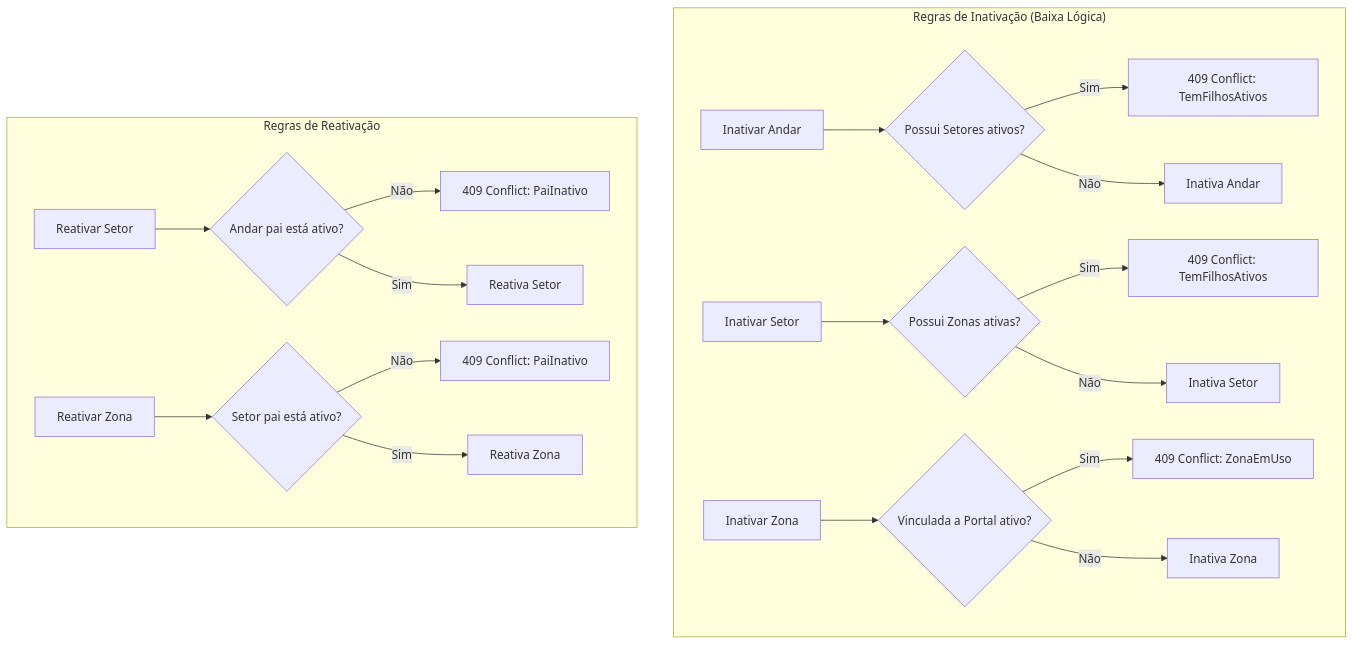
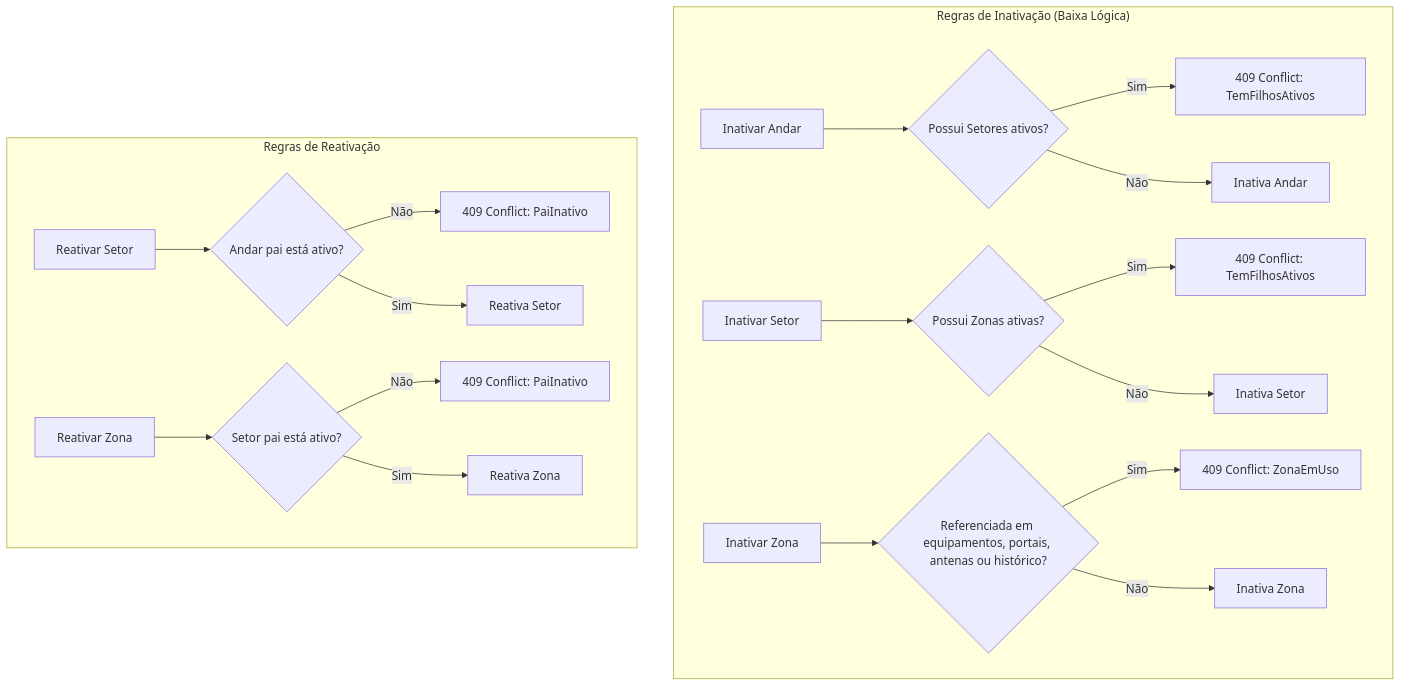
One commit to OtavioBrandao/rastreamento-rfid-hupaa changed the second of 2 diagrams in docs/implementations/iss-011-localizacao-hospitalar.md. Above: the diagram before and after it, drawn with Mermaid. The commit also changed other lines of this file, not shown here.

````diff
--- a/docs/implementations/iss-011-localizacao-hospitalar.md
+++ b/docs/implementations/iss-011-localizacao-hospitalar.md
@@ -57,26 +63,26 @@
 ```mermaid
 flowchart TD
     subgraph Inativacao["Regras de Inativação (Baixa Lógica)"]
         IA[Inativar Andar] --> QA{Possui Setores ativos?}
         QA -->|Sim| E_FILHOS_A[409 Conflict: TemFilhosAtivos]
         QA -->|Não| OK_IA[Inativa Andar]
 
         IS[Inativar Setor] --> QS{Possui Zonas ativas?}
         QS -->|Sim| E_FILHOS_S[409 Conflict: TemFilhosAtivos]
         QS -->|Não| OK_IS[Inativa Setor]
 
-        IZ[Inativar Zona] --> QZ{Vinculada a Portal ativo?}
+        IZ[Inativar Zona] --> QZ{Referenciada em equipamentos, portais, antenas ou histórico?}
         QZ -->|Sim| E_USO_Z[409 Conflict: ZonaEmUso]
         QZ -->|Não| OK_IZ[Inativa Zona]
     end
 
     subgraph Reativacao["Regras de Reativação"]
         RS[Reativar Setor] --> Q_PAI_A{Andar pai está ativo?}
         Q_PAI_A -->|Não| E_PAI_A[409 Conflict: PaiInativo]
         Q_PAI_A -->|Sim| OK_RS[Reativa Setor]
 
         RZ[Reativar Zona] --> Q_PAI_S{Setor pai está ativo?}
         Q_PAI_S -->|Não| E_PAI_S[409 Conflict: PaiInativo]
         Q_PAI_S -->|Sim| OK_RZ[Reativa Zona]
     end
 ```
````
